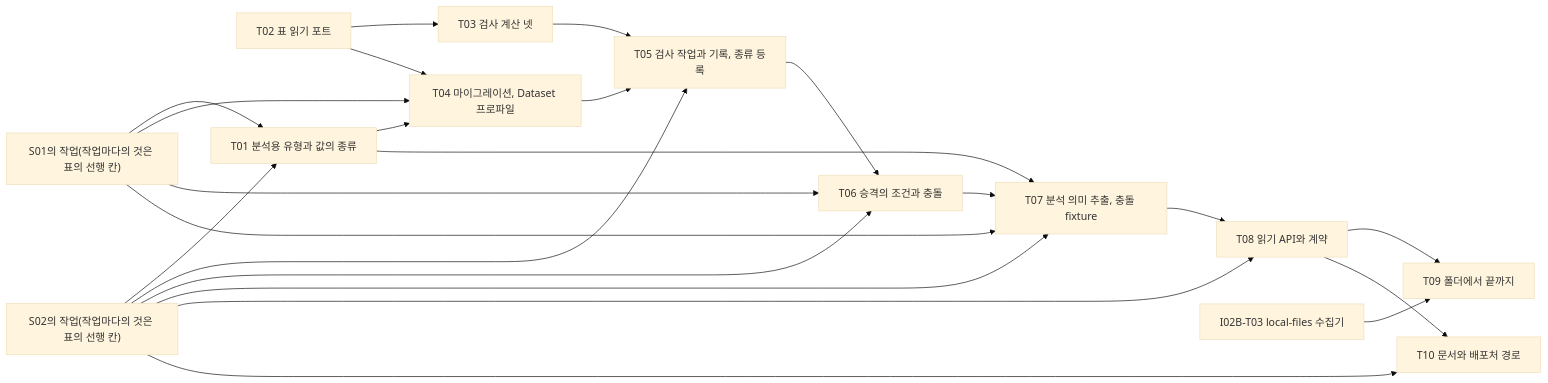
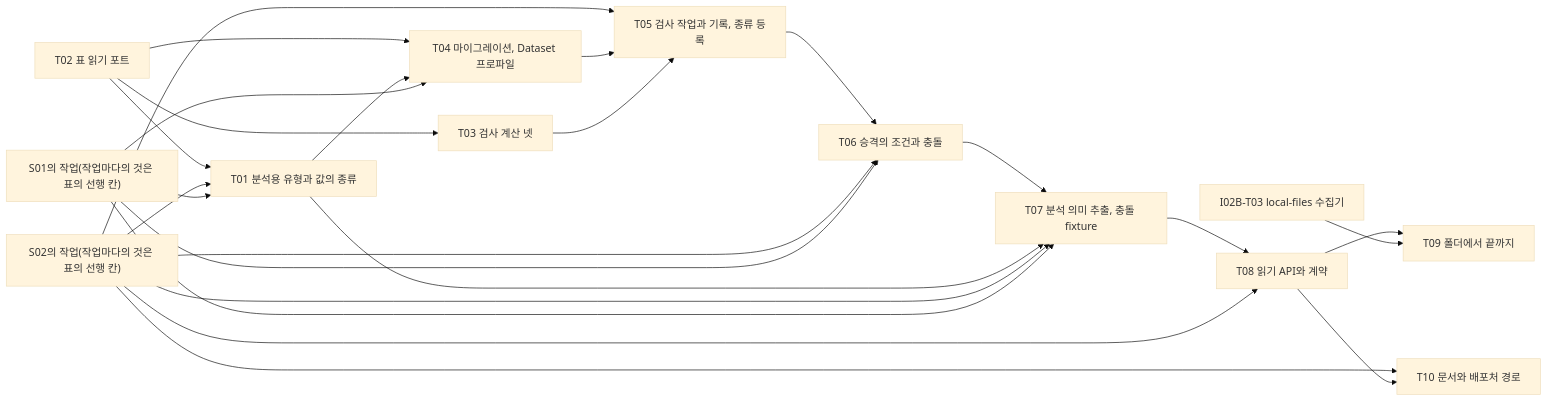
Before and after one commit to nohdol97/PKI: the fourth of 4 diagrams in docs/specs/2026-11-22-S03-analytical-semantic.md, drawn with Mermaid (base theme). The commit also changed other lines of this file, not shown here.

````diff
--- a/docs/specs/2026-11-22-S03-analytical-semantic.md
+++ b/docs/specs/2026-11-22-S03-analytical-semantic.md
@@ -542,25 +562,26 @@
 ```mermaid
 flowchart LR
   T02["T02 표 읽기 포트"] --> T03["T03 검사 계산 넷"]
   S1["S01의 작업(작업마다의 것은 표의 선행 칸)"] --> T01["T01 분석용 유형과 값의 종류"]
   S2["S02의 작업(작업마다의 것은 표의 선행 칸)"] --> T01
+  T02 --> T01
   S1 --> T04["T04 마이그레이션, Dataset 프로파일"]
   T01 --> T04
   T02 --> T04
   T03 --> T05["T05 검사 작업과 기록, 종류 등록"]
   T04 --> T05
   S2 --> T05
   S1 --> T06["T06 승격의 조건과 충돌"]
   S2 --> T06
   T05 --> T06
   S1 --> T07["T07 분석 의미 추출, 충돌 fixture"]
   S2 --> T07
   T01 --> T07
   T06 --> T07
   S2 --> T08["T08 읽기 API와 계약"]
   T07 --> T08
   I02["I02B-T03 local-files 수집기"] --> T09["T09 폴더에서 끝까지"]
   T08 --> T09
   T08 --> T10["T10 문서와 배포처 경로"]
   S2 --> T10
 ```
````
